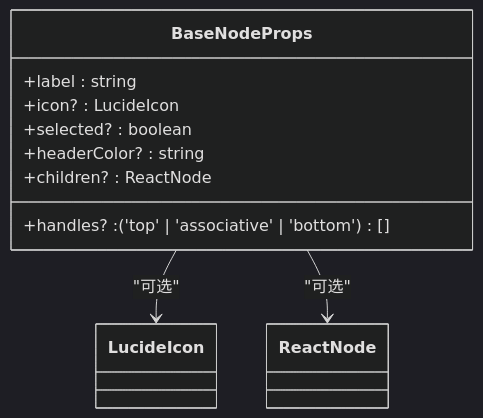
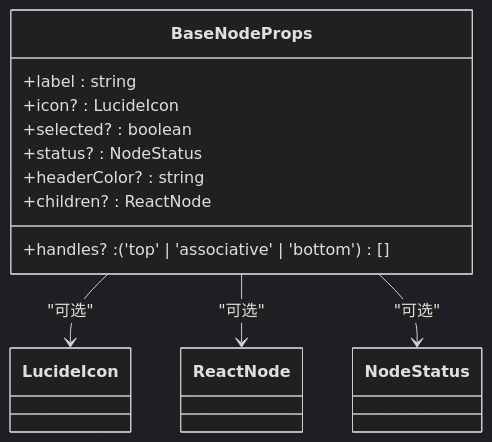
One commit to hrygo/council changed the third of 8 diagrams in .qoder/repowiki/zh/content/UI组件库/工作流节点组件/基础节点组件.md. Above: the diagram before and after it, drawn with Mermaid (dark theme). The commit also changed other lines of this file and 19 other files, not shown here.

````diff
--- a/.qoder/repowiki/zh/content/UI组件库/工作流节点组件/基础节点组件.md
+++ b/.qoder/repowiki/zh/content/UI组件库/工作流节点组件/基础节点组件.md
@@ -106,13 +108,15 @@
 ```mermaid
 classDiagram
 class BaseNodeProps {
 +label : string
 +icon? : LucideIcon
 +selected? : boolean
++status? : NodeStatus
 +headerColor? : string
 +children? : ReactNode
 +handles? : ('top' | 'associative' | 'bottom')[]
 }
 BaseNodeProps --> LucideIcon : "可选"
 BaseNodeProps --> ReactNode : "可选"
+BaseNodeProps --> NodeStatus : "可选"
 ```
````
